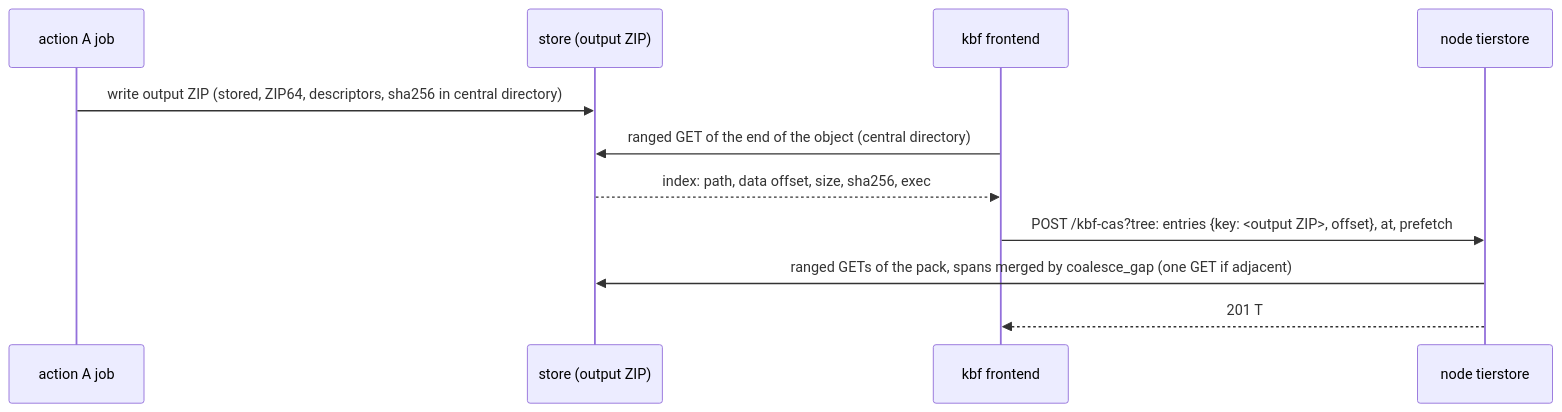
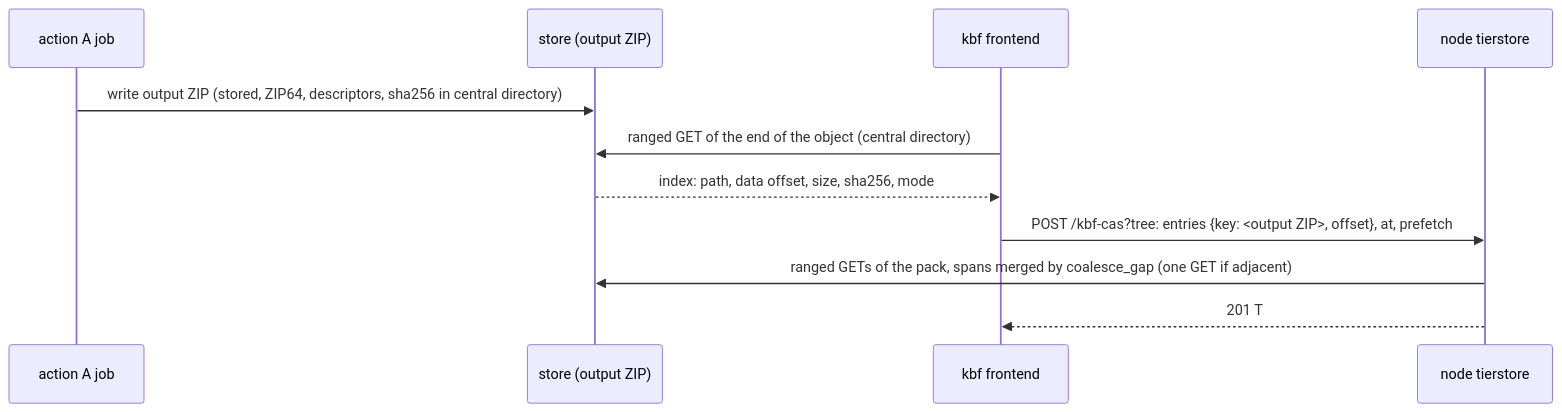
The third of 3 diagrams in docs/design/node-local-trees.md (komira-ai/tierstore), drawn with Mermaid before and after one commit. The commit also changed other lines of this file, not shown here.

First line of the commit message:
Node-local trees design: full Unix mode in the digest, sha256 required, no new permission

````diff
--- a/docs/design/node-local-trees.md
+++ b/docs/design/node-local-trees.md
@@ -447,13 +449,13 @@
 ```mermaid
 sequenceDiagram
     participant A as action A job
     participant S as store (output ZIP)
     participant K as kbf frontend
     participant N as node tierstore
     A->>S: write output ZIP (stored, ZIP64, descriptors, sha256 in central directory)
     K->>S: ranged GET of the end of the object (central directory)
-    S-->>K: index: path, data offset, size, sha256, exec
+    S-->>K: index: path, data offset, size, sha256, mode
     K->>N: POST /kbf-cas?tree: entries {key: <output ZIP>, offset}, at, prefetch
     N->>S: ranged GETs of the pack, spans merged by coalesce_gap (one GET if adjacent)
     N-->>K: 201 T
 ```
````
